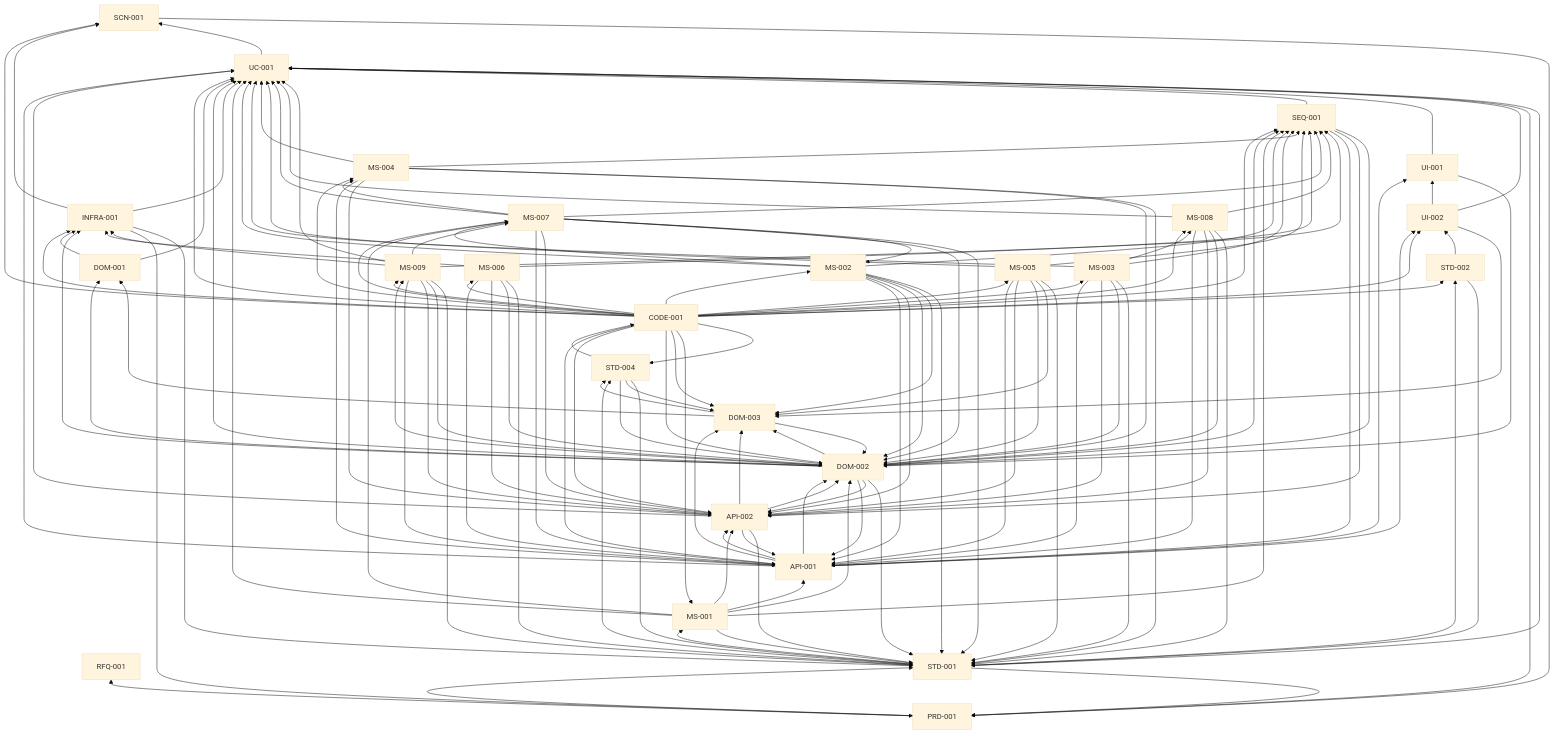
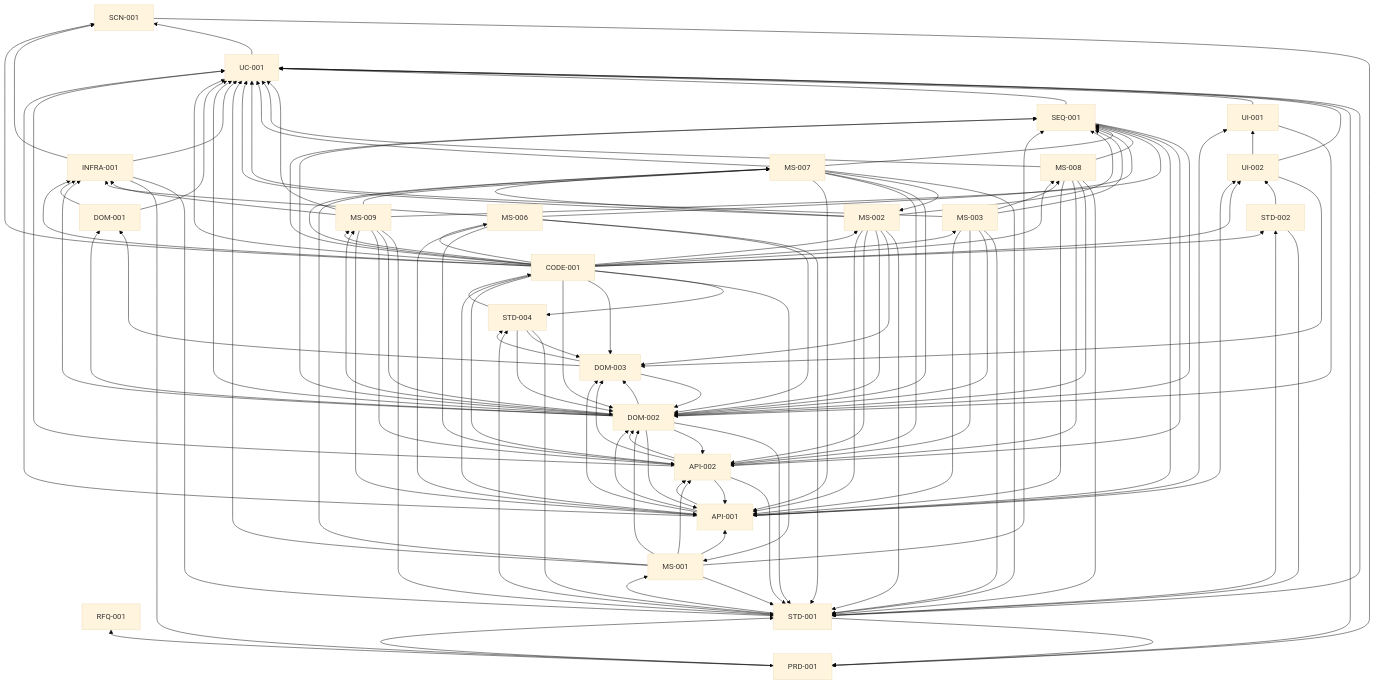
One commit to HoyoungParkme/syncdoc changed the diagram in docs/specs/STD/SYNC-STD-003.md. Above: the diagram before and after it, drawn with Mermaid (base theme). The commit also changed other lines of this file and 100 other files, not shown here.

```diff
--- a/docs/specs/STD/SYNC-STD-003.md
+++ b/docs/specs/STD/SYNC-STD-003.md
@@ -268,8 +295,6 @@
     MS_001["MS-001"]
     MS_002["MS-002"]
     MS_003["MS-003"]
-    MS_004["MS-004"]
-    MS_005["MS-005"]
     MS_006["MS-006"]
     MS_007["MS-007"]
     MS_008["MS-008"]
@@ -297,8 +322,6 @@
     CODE_001 --> MS_001
     CODE_001 --> MS_002
     CODE_001 --> MS_003
-    CODE_001 --> MS_004
-    CODE_001 --> MS_005
     CODE_001 --> MS_006
     CODE_001 --> MS_007
     CODE_001 --> MS_008
@@ -349,19 +372,6 @@
     MS_003 --> SEQ_001
     MS_003 --> STD_001
     MS_003 --> UC_001
-    MS_004 --> API_001
-    MS_004 --> API_002
-    MS_004 --> DOM_002
-    MS_004 --> SEQ_001
-    MS_004 --> STD_001
-    MS_004 --> UC_001
-    MS_005 --> API_001
-    MS_005 --> API_002
-    MS_005 --> DOM_002
-    MS_005 --> DOM_003
-    MS_005 --> SEQ_001
-    MS_005 --> STD_001
-    MS_005 --> UC_001
     MS_006 --> API_001
     MS_006 --> API_002
     MS_006 --> DOM_002
@@ -372,7 +382,6 @@
     MS_007 --> API_002
     MS_007 --> DOM_002
     MS_007 --> MS_002
-    MS_007 --> MS_004
     MS_007 --> SEQ_001
     MS_007 --> STD_001
     MS_007 --> UC_001
```
